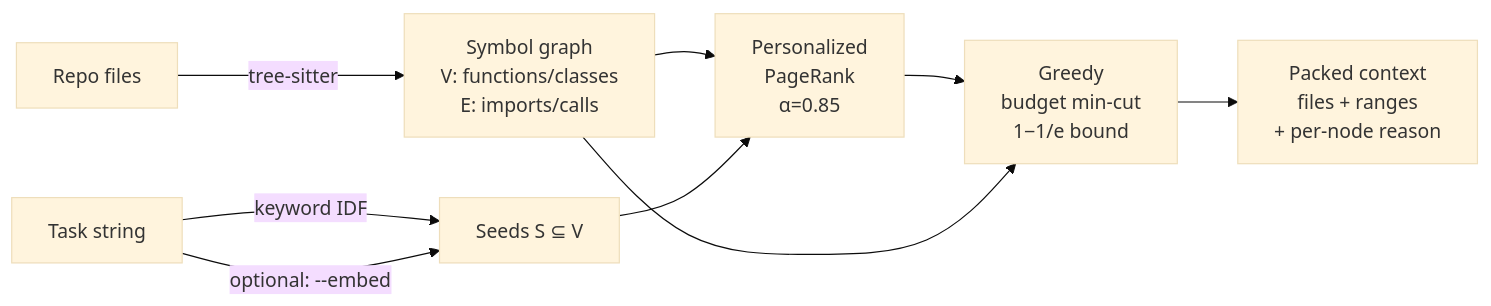
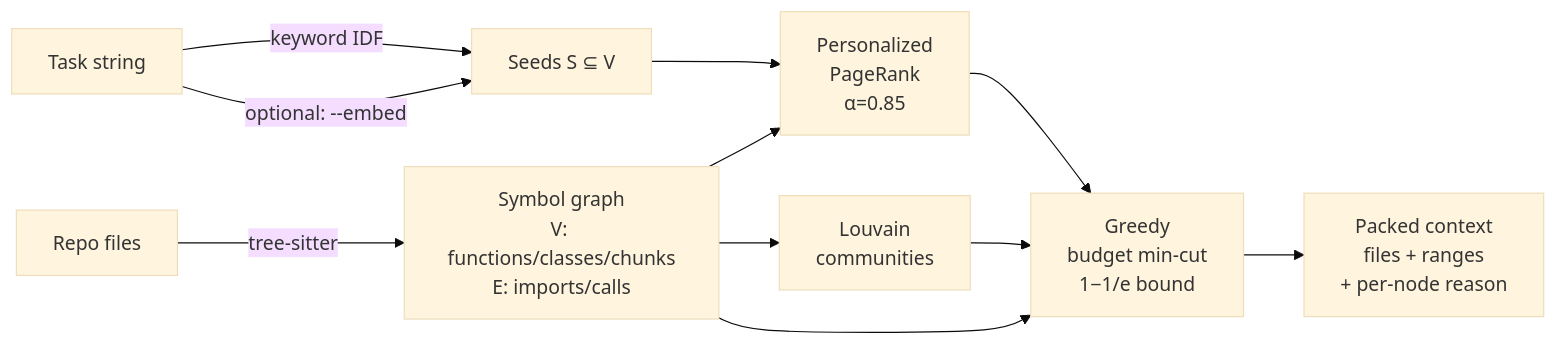
One commit to dhrupo/mincut-context changed the diagram in README.md. Above: the diagram before and after it, drawn with Mermaid (base theme). The commit also changed other lines of this file and 4 other files, not shown here.

````diff
--- a/README.md
+++ b/README.md
@@ -174,11 +195,13 @@
 ```mermaid
 flowchart LR
-    A[Repo files] -->|tree-sitter| B[Symbol graph<br/>V: functions/classes<br/>E: imports/calls]
+    A[Repo files] -->|tree-sitter| B[Symbol graph<br/>V: functions/classes/chunks<br/>E: imports/calls]
     T[Task string] -->|keyword IDF| S[Seeds S ⊆ V]
     T -->|optional: --embed| S
     B --> R[Personalized<br/>PageRank<br/>α=0.85]
     S --> R
+    B --> L[Louvain<br/>communities]
     R --> C[Greedy<br/>budget min-cut<br/>1−1/e bound]
+    L --> C
     B --> C
     C --> P[Packed context<br/>files + ranges<br/>+ per-node reason]
 ```
````
